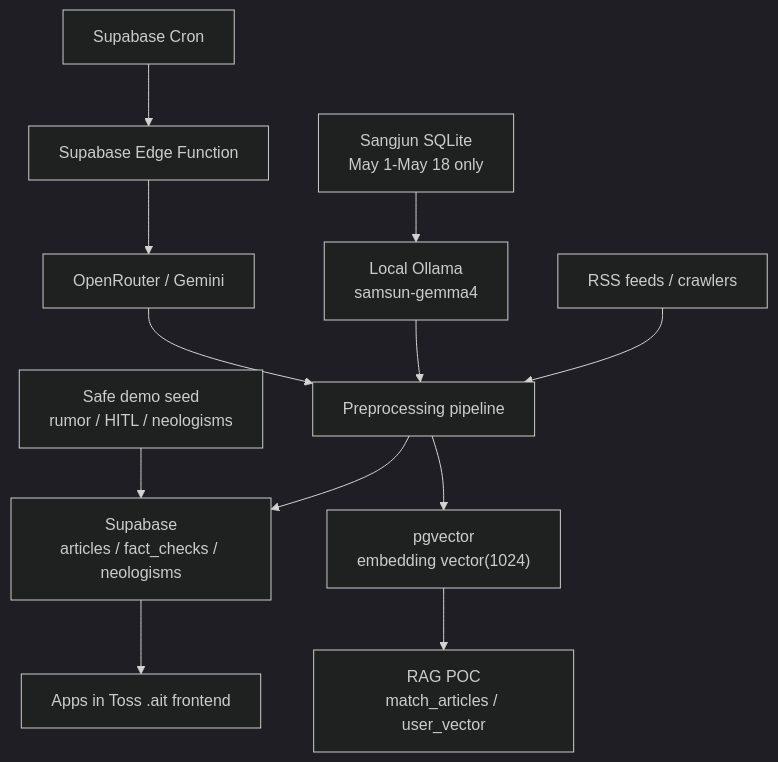
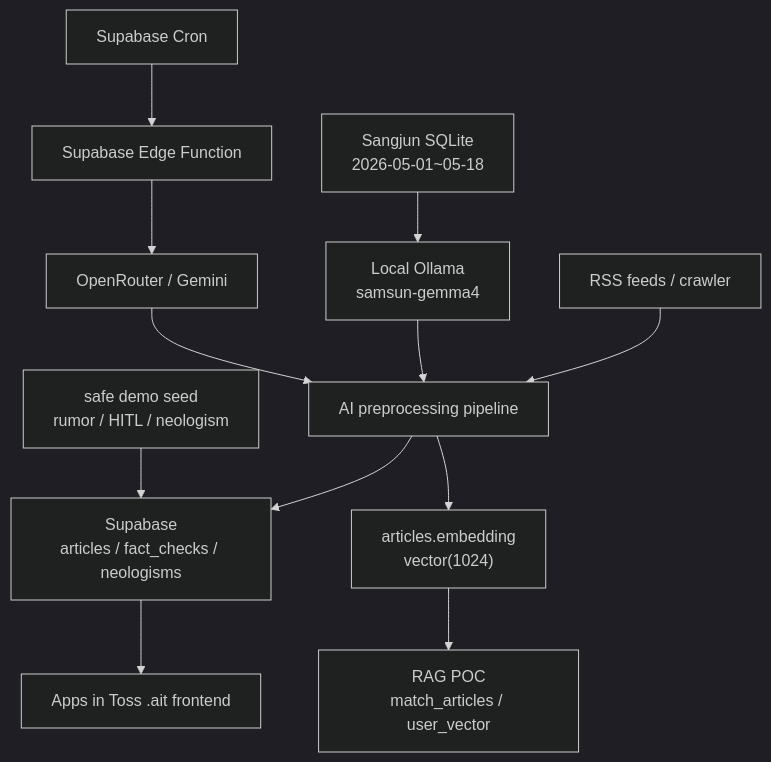
The diagram in README.md (choco112167-art/Samsun-Final-Project), drawn with Mermaid (dark theme) before and after one commit. The commit also changed other lines of this file and 13 other files, not shown here.

````diff
--- a/README.md
+++ b/README.md
@@ -42,14 +36,14 @@
 ```mermaid
 flowchart TD
-  RSS["RSS feeds / crawlers"] --> PIPE["Preprocessing pipeline"]
-  SQL["Sangjun SQLite<br/>May 1-May 18 only"] --> OLLAMA["Local Ollama<br/>samsun-gemma4"]
+  RSS["RSS feeds / crawler"] --> PIPE["AI preprocessing pipeline"]
+  SQLITE["Sangjun SQLite<br/>2026-05-01~05-18"] --> OLLAMA["Local Ollama<br/>samsun-gemma4"]
   OLLAMA --> PIPE
   CRON["Supabase Cron"] --> EDGE["Supabase Edge Function"]
   EDGE --> CLOUD["OpenRouter / Gemini"]
   CLOUD --> PIPE
   PIPE --> SB["Supabase<br/>articles / fact_checks / neologisms"]
-  PIPE --> VEC["pgvector<br/>embedding vector(1024)"]
-  VEC --> RAG["RAG POC<br/>match_articles / user_vector"]
-  DEMO["Safe demo seed<br/>rumor / HITL / neologisms"] --> SB
+  PIPE --> EMB["articles.embedding<br/>vector(1024)"]
+  EMB --> RAG["RAG POC<br/>match_articles / user_vector"]
+  DEMO["safe demo seed<br/>rumor / HITL / neologism"] --> SB
   SB --> AIT["Apps in Toss .ait frontend"]
 ```
````
